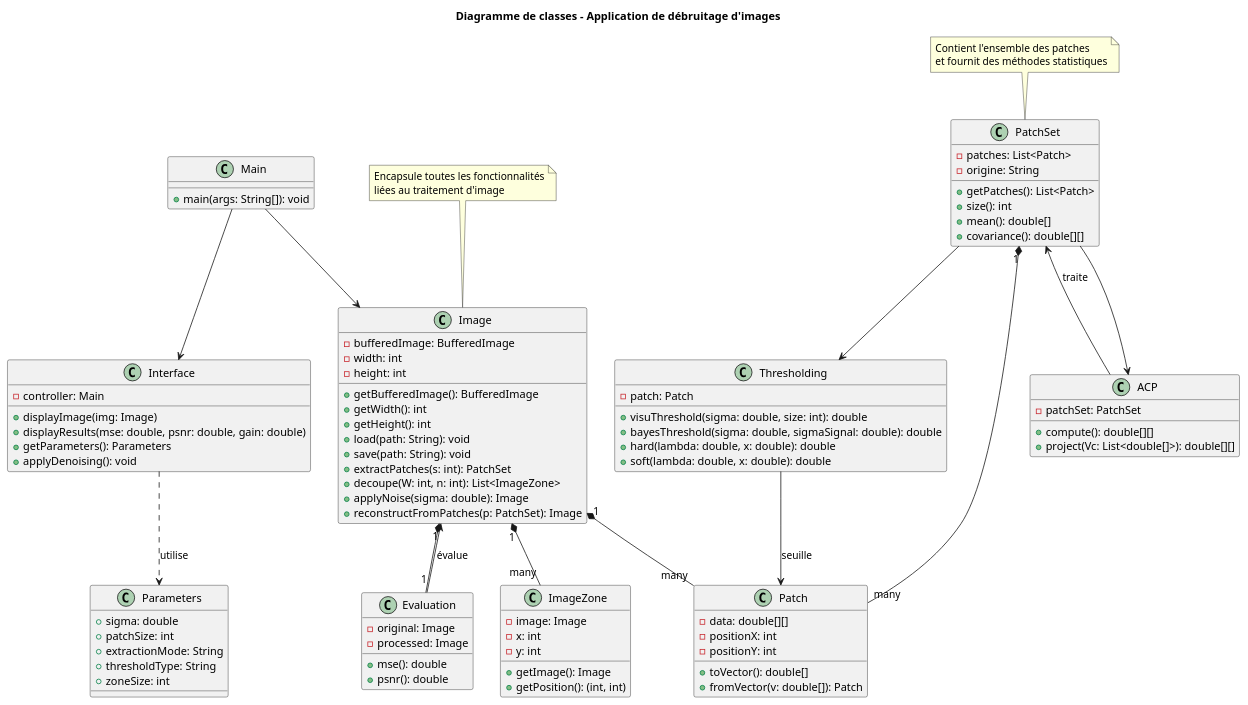
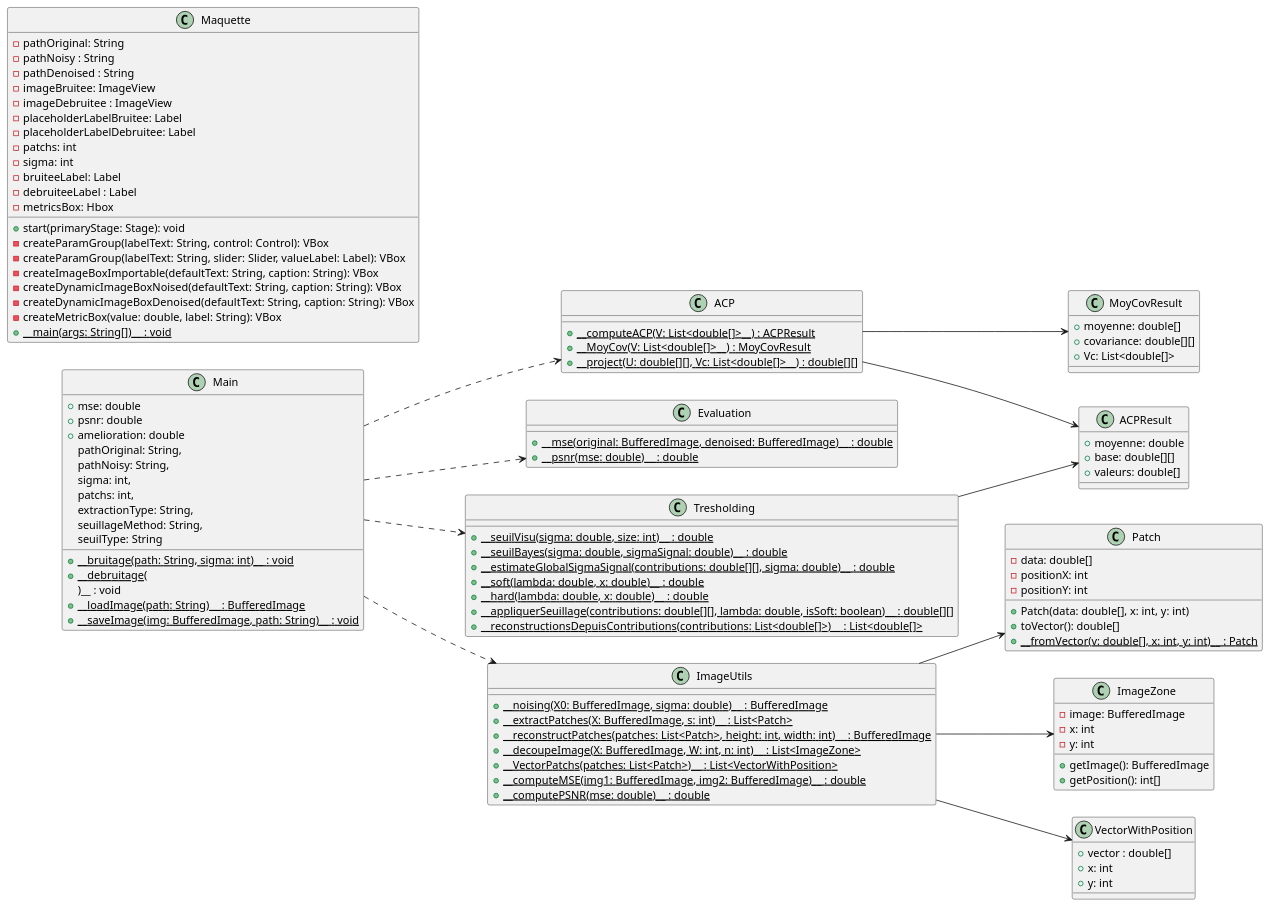
One commit to Thomasgin/Projet-Java changed the diagram in analyse/diagrammePUML/diagClass.puml. Above: the diagram before and after it, drawn with PlantUML. The commit also changed 1 other file, not shown here.

Commit message:
nouveau diagramme de classe

```diff
--- a/analyse/diagrammePUML/diagClass.puml
+++ b/analyse/diagrammePUML/diagClass.puml
@@ -1,113 +1,125 @@
 @startuml
-title Diagramme de classes - Application de débruitage d'images
-
-class Image {
-  - bufferedImage: BufferedImage
-  - width: int
-  - height: int
-  + getBufferedImage(): BufferedImage
-  + getWidth(): int
-  + getHeight(): int
-  + load(path: String): void
-  + save(path: String): void
-  + extractPatches(s: int): PatchSet
-  + decoupe(W: int, n: int): List<ImageZone>
-  + applyNoise(sigma: double): Image
-  + reconstructFromPatches(p: PatchSet): Image
+left to right direction
+'### Classes principales ###
+class ACP {
+    {static} + __computeACP(V: List<double[]>__) : ACPResult
+    {static} + __MoyCov(V: List<double[]>__) : MoyCovResult
+    {static} + __project(U: double[][], Vc: List<double[]>__) : double[][]
 }
 
-class Main {
-  + main(args: String[]): void
+class Evaluation {
+    {static} + __mse(original: BufferedImage, denoised: BufferedImage)__ : double
+    {static} + __psnr(mse: double)__ : double
+}
+
+class ImageUtils {
+    {static} + __noising(X0: BufferedImage, sigma: double)__ : BufferedImage
+    {static} + __extractPatches(X: BufferedImage, s: int)__ : List<Patch>
+    {static} + __reconstructPatches(patches: List<Patch>, height: int, width: int)__ : BufferedImage
+    {static} + __decoupeImage(X: BufferedImage, W: int, n: int)__ : List<ImageZone>
+    {static} + __VectorPatchs(patches: List<Patch>)__ : List<VectorWithPosition>
+    {static} + __computeMSE(img1: BufferedImage, img2: BufferedImage)__ : double
+    {static} + __computePSNR(mse: double)__ : double
+}
+
+class Maquette {
+    - pathOriginal: String
+    - pathNoisy : String
+    - pathDenoised : String
+    - imageBruitee: ImageView
+    - imageDebruitee : ImageView
+    - placeholderLabelBruitee: Label
+    - placeholderLabelDebruitee: Label
+    - patchs: int
+    - sigma: int
+    - bruiteeLabel: Label 
+    - debruiteeLabel : Label 
+    - metricsBox: Hbox
+    + start(primaryStage: Stage): void
+    - createParamGroup(labelText: String, control: Control): VBox
+    - createParamGroup(labelText: String, slider: Slider, valueLabel: Label): VBox
+    - createImageBoxImportable(defaultText: String, caption: String): VBox
+    - createDynamicImageBoxNoised(defaultText: String, caption: String): VBox
+    - createDynamicImageBoxDenoised(defaultText: String, caption: String): VBox
+    - createMetricBox(value: double, label: String): VBox
+    {static} + __main(args: String[])__ : void
 }
 
 class Patch {
-  - data: double[][]
-  - positionX: int
-  - positionY: int
-  + toVector(): double[]
-  + fromVector(v: double[]): Patch
+    - data: double[]
+    - positionX: int
+    - positionY: int
+    + Patch(data: double[], x: int, y: int)
+    + toVector(): double[]
+    {static} + __fromVector(v: double[], x: int, y: int)__ : Patch
 }
 
-class PatchSet {
-  - patches: List<Patch>
-  - origine: String
-  + getPatches(): List<Patch>
-  + size(): int
-  + mean(): double[]
-  + covariance(): double[][]
+class Tresholding {
+    {static} + __seuilVisu(sigma: double, size: int)__ : double
+    {static} + __seuilBayes(sigma: double, sigmaSignal: double)__ : double
+    {static} + __estimateGlobalSigmaSignal(contributions: double[][], sigma: double)__ : double
+    {static} + __soft(lambda: double, x: double)__ : double
+    {static} + __hard(lambda: double, x: double)__ : double
+    {static} + __appliquerSeuillage(contributions: double[][], lambda: double, isSoft: boolean)__ : double[][]
+    {static} + __reconstructionsDepuisContributions(contributions: List<double[]>)__ : List<double[]>
 }
 
-class ACP {
-  - patchSet: PatchSet
-  + compute(): double[][]
-  + project(Vc: List<double[]>): double[][]
-}
-
-class Thresholding {
-  - patch: Patch
-  + visuThreshold(sigma: double, size: int): double
-  + bayesThreshold(sigma: double, sigmaSignal: double): double
-  + hard(lambda: double, x: double): double
-  + soft(lambda: double, x: double): double
-}
-
-class Evaluation {
-  - original: Image
-  - processed: Image
-  + mse(): double
-  + psnr(): double
+'### Classes de stockage ###
+class ACPResult {
+    + moyenne: double
+    + base: double[][]
+    + valeurs: double[]
 }
 
 class ImageZone {
-  - image: Image
-  - x: int
-  - y: int
-  + getImage(): Image
-  + getPosition(): (int, int)
+    - image: BufferedImage
+    - x: int
+    - y: int
+    + getImage(): BufferedImage
+    + getPosition(): int[]
 }
 
-class Interface {
-  - controller: Main
-  + displayImage(img: Image)
-  + displayResults(mse: double, psnr: double, gain: double)
-  + getParameters(): Parameters
-  + applyDenoising(): void
+class MoyCovResult {
+    + moyenne: double[]
+    + covariance: double[][]
+    + Vc: List<double[]>
 }
 
-class Parameters {
-  + sigma: double
-  + patchSize: int
-  + extractionMode: String
-  + thresholdType: String
-  + zoneSize: int
+class VectorWithPosition {
+    + vector : double[]
+    + x: int
+    + y: int
 }
 
-' Relations
-Main --> Interface
-Main --> Image
+'### Classe Main ###
+class Main {
+    + mse: double
+    + psnr: double
+    + amelioration: double
+    {static} + __bruitage(path: String, sigma: int)__ : void
+    {static} + __debruitage(
+        pathOriginal: String,
+        pathNoisy: String,
+        sigma: int,
+        patchs: int,
+        extractionType: String,
+        seuillageMethod: String,
+        seuilType: String
+    )__ : void
+    {static} + __loadImage(path: String)__ : BufferedImage
+    {static} + __saveImage(img: BufferedImage, path: String)__ : void
+}
 
-Image "1" *-- "many" ImageZone
-Image "1" *-- "many" Patch
-Image "1" *-- "1" Evaluation
-
-PatchSet "1" *-- "many" Patch
-PatchSet --> ACP
-PatchSet --> Thresholding
-
-Interface ..> Parameters : utilise
-
-Evaluation --> Image : évalue
-ACP --> PatchSet : traite
-Thresholding --> Patch : seuille
-
-note top of Image
-  Encapsule toutes les fonctionnalités
-  liées au traitement d'image
-end note
-
-note top of PatchSet
-  Contient l'ensemble des patches
-  et fournit des méthodes statistiques
-end note
+'### Relations ###
+ACP --> ACPResult
+ACP --> MoyCovResult
+ImageUtils --> Patch
+ImageUtils --> ImageZone
+ImageUtils --> VectorWithPosition
+Tresholding --> ACPResult
+Main ..> ImageUtils
+Main ..> ACP
+Main ..> Tresholding
+Main ..> Evaluation
 
 @enduml
```
